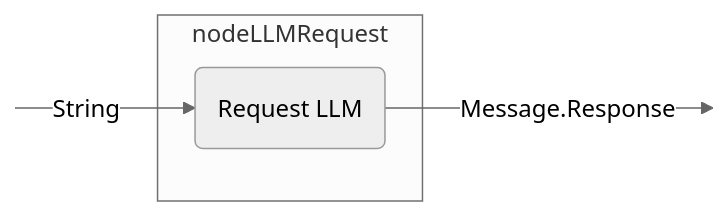
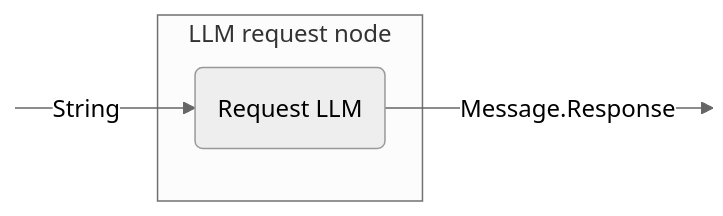
One commit to JetBrains/koog changed the sixth of 15 diagrams in docs/docs/nodes-and-components.md. Above: the diagram before and after it, drawn with Mermaid (neutral theme). The commit also changed other lines of this file and 1 other file, not shown here.

````diff
--- a/docs/docs/nodes-and-components.md
+++ b/docs/docs/nodes-and-components.md
@@ -295,13 +296,13 @@
 ```mermaid
 graph LR
     in:::hidden
     out:::hidden
     
-    subgraph node ["nodeLLMRequest"]
+    subgraph node ["LLM request node"]
         execute(Request LLM)
     end
     
     in --String--> execute --Message.Response--> out
 
     classDef hidden display: none;
 ```
````
